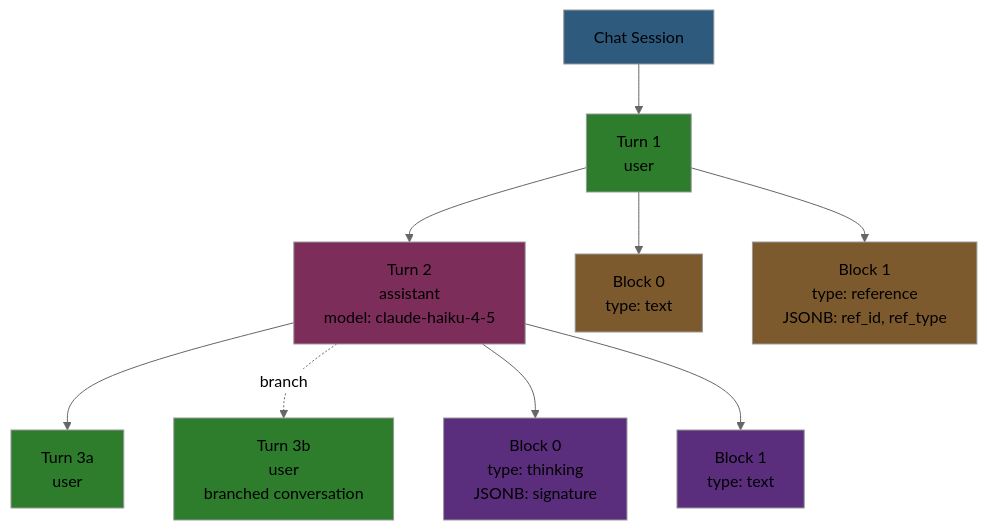
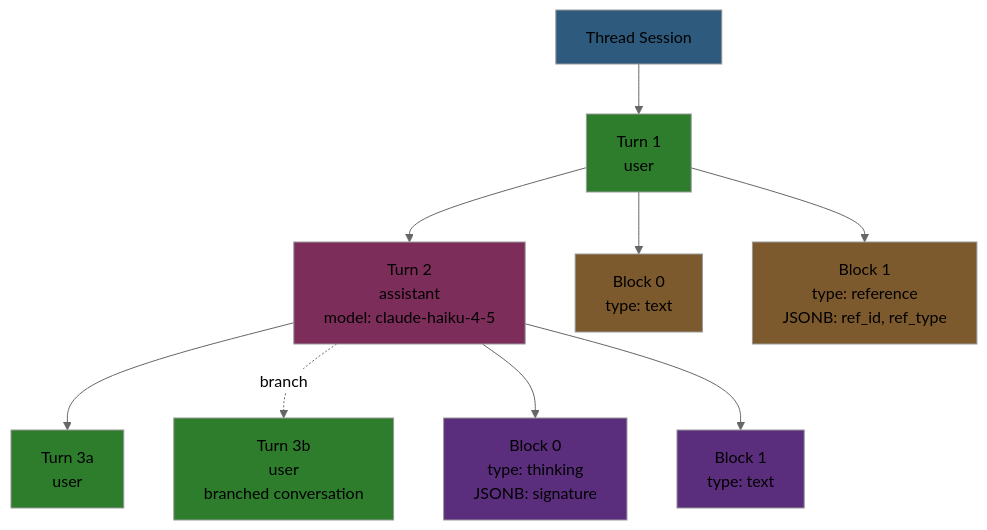
Before and after one commit to haowjy/meridian-flow: the second of 2 diagrams in _docs/technical/backend/database/schema.md, drawn with Mermaid (neutral theme). The commit also changed other lines of this file and 271 other files, not shown here.

````diff
--- a/_docs/technical/backend/database/schema.md
+++ b/_docs/technical/backend/database/schema.md
@@ -203,31 +203,31 @@
 ```mermaid
 graph TB
-    chat[Chat Session]
+    thread[Thread Session]
     turn1[Turn 1<br/>user]
     turn2[Turn 2<br/>assistant<br/>model: claude-haiku-4-5]
     turn3a[Turn 3a<br/>user]
     turn3b[Turn 3b<br/>user<br/>branched conversation]
     cb1_text[Block 0<br/>type: text]
     cb1_ref[Block 1<br/>type: reference<br/>JSONB: ref_id, ref_type]
     cb2_think[Block 0<br/>type: thinking<br/>JSONB: signature]
     cb2_text[Block 1<br/>type: text]
 
-    chat --> turn1
+    thread --> turn1
     turn1 --> turn2
     turn2 --> turn3a
     turn2 -.branch.-> turn3b
     turn1 --> cb1_text
     turn1 --> cb1_ref
     turn2 --> cb2_think
     turn2 --> cb2_text
 
-    style chat fill:#2d5a7d
+    style thread fill:#2d5a7d
     style turn1 fill:#2d7d2d
     style turn2 fill:#7d2d5a
     style turn3a fill:#2d7d2d
     style turn3b fill:#2d7d2d
     style cb1_text fill:#7d5a2d
     style cb1_ref fill:#7d5a2d
     style cb2_think fill:#5a2d7d
     style cb2_text fill:#5a2d7d
 ```
````
